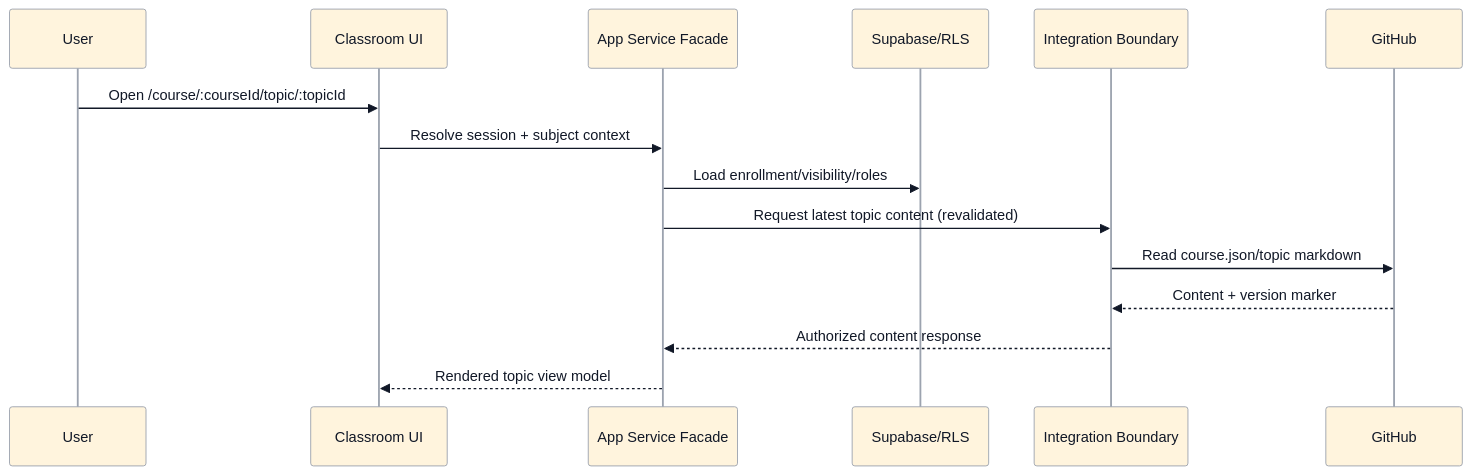
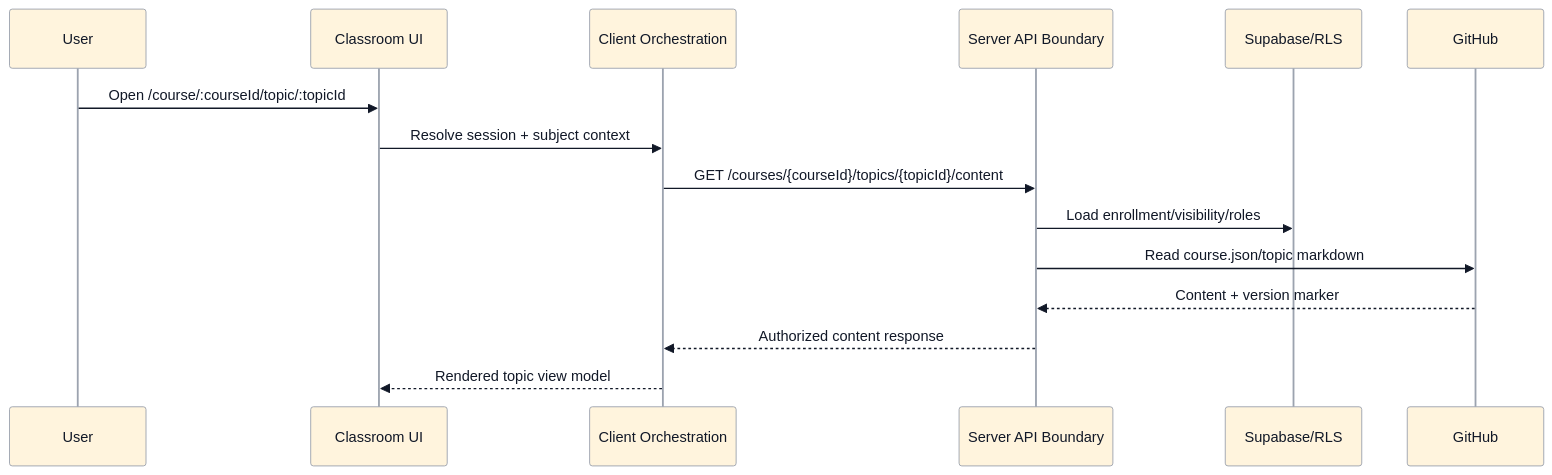
The third of 5 diagrams in specification/architecture-system.md (leesjensen/masteryls), drawn with Mermaid before and after one commit. The commit also changed other lines of this file and 9 other files, not shown here.

Commit message:
spec: formalize API contracts and server boundary

````diff
--- a/specification/architecture-system.md
+++ b/specification/architecture-system.md
@@ -166,19 +203,19 @@
 ```mermaid
 %%{init: {"theme": "base", "themeVariables": {"background": "#ffffff", "lineColor": "#9ca3af", "primaryBorderColor": "#9ca3af", "secondaryBorderColor": "#9ca3af", "tertiaryBorderColor": "#9ca3af", "clusterBorder": "#9ca3af", "edgeLabelBackground": "#ffffff", "primaryTextColor": "#111827"}}}%%
 sequenceDiagram
   participant U as User
   participant UI as Classroom UI
-  participant OPS as App Service Facade
+  participant OPS as Client Orchestration
+  participant API as Server API Boundary
   participant DB as Supabase/RLS
-  participant FX as Integration Boundary
   participant GH as GitHub
 
   U->>UI: Open /course/:courseId/topic/:topicId
   UI->>OPS: Resolve session + subject context
-  OPS->>DB: Load enrollment/visibility/roles
-  OPS->>FX: Request latest topic content (revalidated)
-  FX->>GH: Read course.json/topic markdown
-  GH-->>FX: Content + version marker
-  FX-->>OPS: Authorized content response
+  OPS->>API: GET /courses/{courseId}/topics/{topicId}/content
+  API->>DB: Load enrollment/visibility/roles
+  API->>GH: Read course.json/topic markdown
+  GH-->>API: Content + version marker
+  API-->>OPS: Authorized content response
   OPS-->>UI: Rendered topic view model
 ```
````
